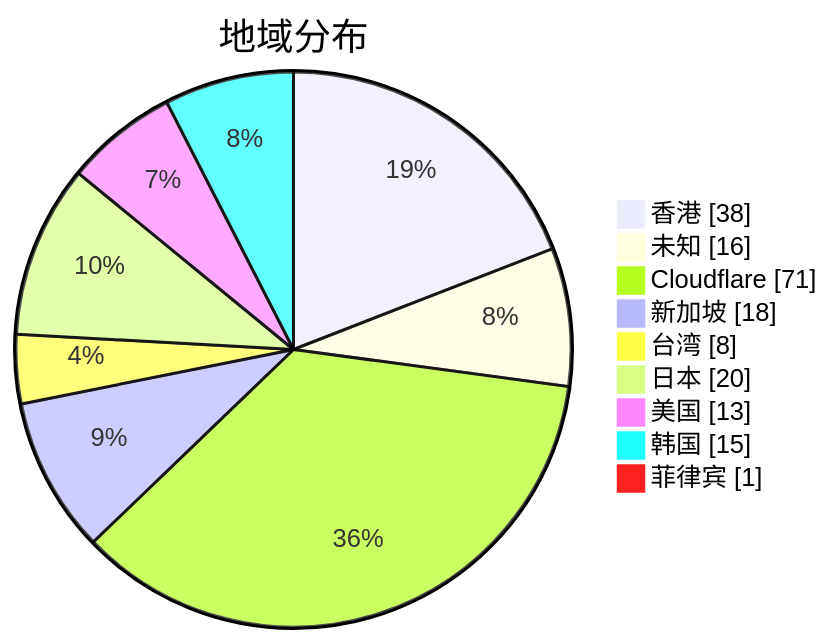
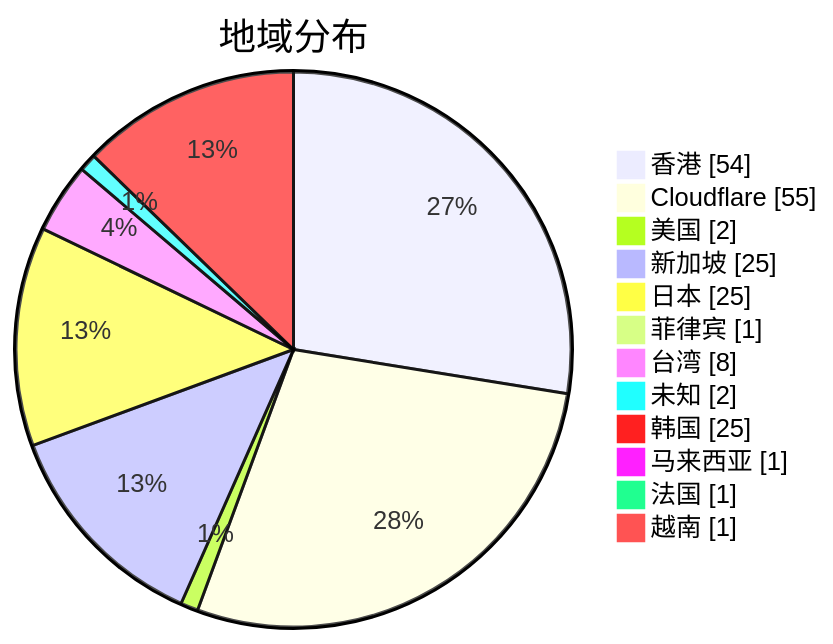
One commit to qjlxg/airport changed the second of 3 diagrams in subs/statistics/tested_within.md. Above: the diagram before and after it, drawn with Mermaid. The commit also changed other lines of this file and 2 other files, not shown here.

````diff
--- a/subs/statistics/tested_within.md
+++ b/subs/statistics/tested_within.md
@@ -13,13 +12,16 @@
 ```mermaid
 pie showData
 title 地域分布
-"香港" : 38
-"未知" : 16
-"Cloudflare" : 71
-"新加坡" : 18
+"香港" : 54
+"Cloudflare" : 55
+"美国" : 2
+"新加坡" : 25
+"日本" : 25
+"菲律宾" : 1
 "台湾" : 8
-"日本" : 20
-"美国" : 13
-"韩国" : 15
-"菲律宾" : 1
+"未知" : 2
+"韩国" : 25
+"马来西亚" : 1
+"法国" : 1
+"越南" : 1
 ```
````
